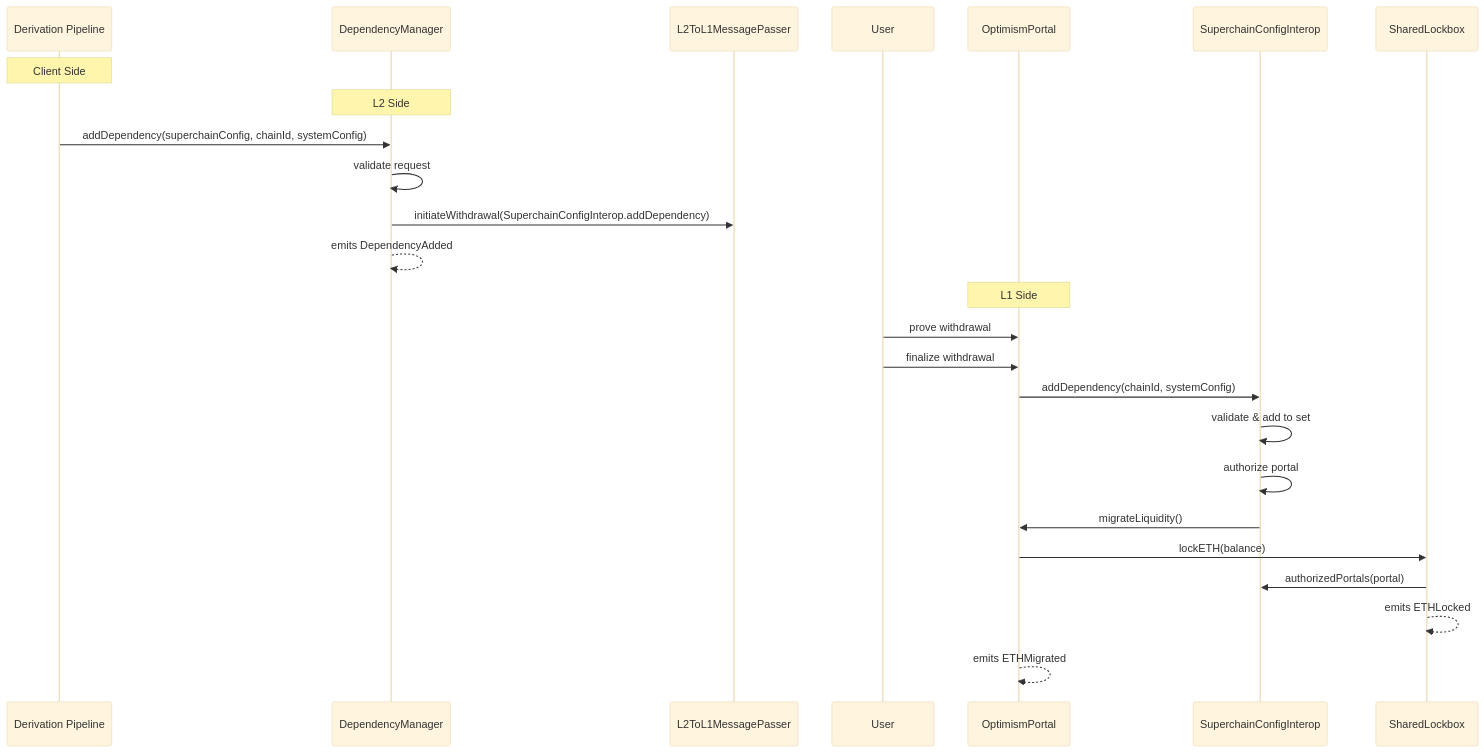
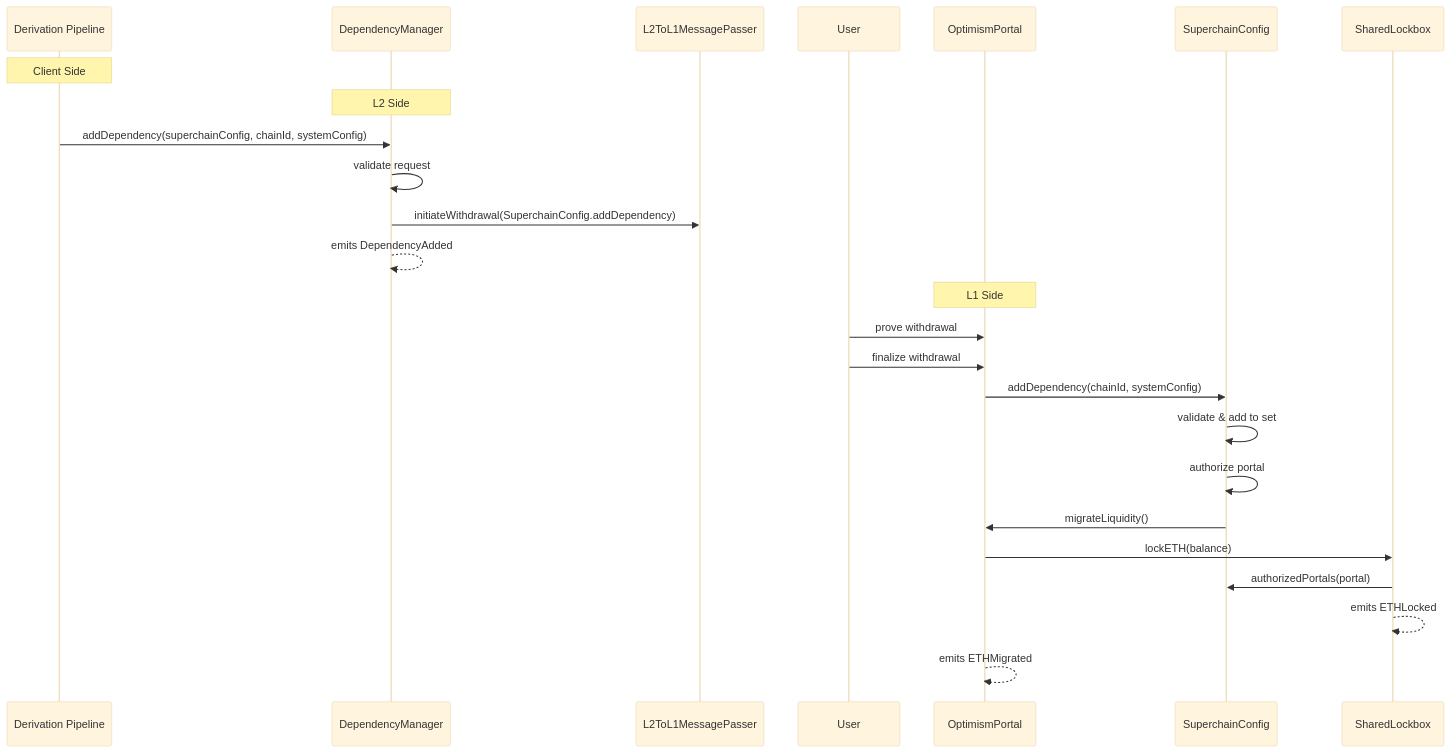
One commit to ethereum-optimism/specs changed the diagram in specs/interop/shared-lockbox-upgrade.md. Above: the diagram before and after it, drawn with Mermaid (base theme). The commit also changed other lines of this file and 4 other files, not shown here.

````diff
--- a/specs/interop/shared-lockbox-upgrade.md
+++ b/specs/interop/shared-lockbox-upgrade.md
@@ -89,29 +89,29 @@
 ```mermaid
 sequenceDiagram
     participant Pipeline as Derivation Pipeline
     participant DM as DependencyManager
     participant L2MP as L2ToL1MessagePasser
     participant User
     participant Portal as OptimismPortal
-    participant Config as SuperchainConfigInterop
+    participant Config as SuperchainConfig
     participant Lockbox as SharedLockbox
 
     Note over Pipeline: Client Side
     Note over DM: L2 Side
     Pipeline->>DM: addDependency(superchainConfig, chainId, systemConfig)
     DM->>DM: validate request
-    DM->>L2MP: initiateWithdrawal(SuperchainConfigInterop.addDependency)
+    DM->>L2MP: initiateWithdrawal(SuperchainConfig.addDependency)
     DM-->>DM: emits DependencyAdded
 
     Note over Portal: L1 Side
     User->>Portal: prove withdrawal
     User->>Portal: finalize withdrawal
     Portal->>Config: addDependency(chainId, systemConfig)
     Config->>Config: validate & add to set
     Config->>Config: authorize portal
     Config->>Portal: migrateLiquidity()
     Portal->>Lockbox: lockETH(balance)
     Lockbox->>Config: authorizedPortals(portal)
     Lockbox-->>Lockbox: emits ETHLocked
     Portal-->>Portal: emits ETHMigrated
 ```
````
